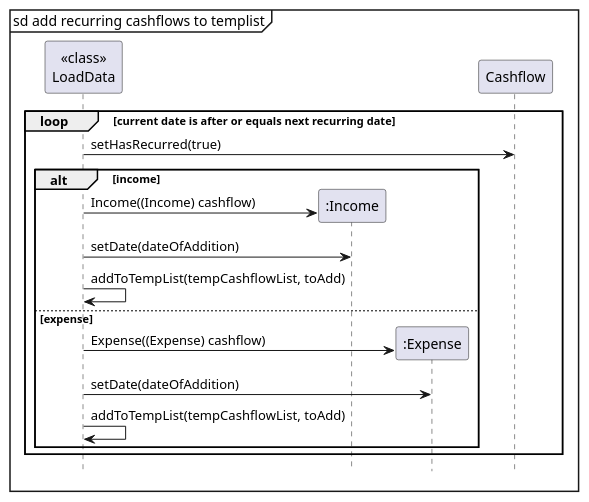
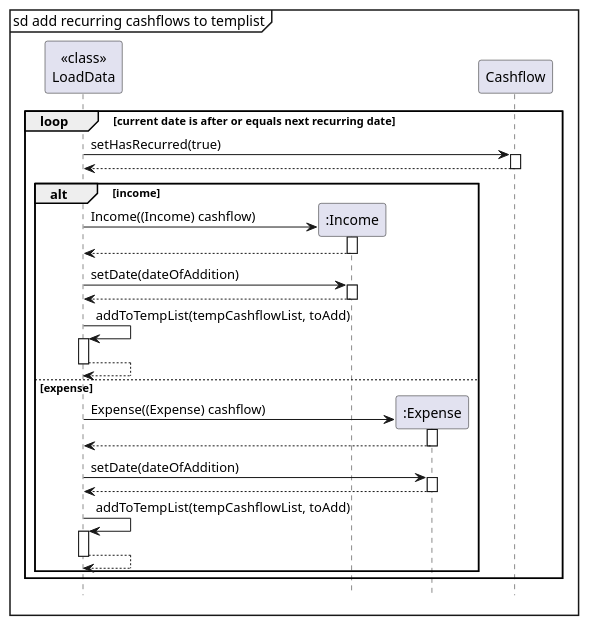
The diagram in docs/diagrams/cashflow/AddRecurringSequence.puml (nus-cs2113-AY2324S1/tp), drawn with PlantUML before and after one commit. The commit also changed 5 other files, not shown here.

Commit message:
Add activation bars to sequence diagrams

```diff
--- a/docs/diagrams/cashflow/AddRecurringSequence.puml
+++ b/docs/diagrams/cashflow/AddRecurringSequence.puml
@@ -1,26 +1,40 @@
 @startuml
 mainframe sd add recurring cashflows to templist
 
 participant "<<class>>\nLoadData" as LoadData
 participant ":Income" as Income
 participant ":Expense" as Expense
 
 loop current date is after or equals next recurring date
     LoadData -> Cashflow: setHasRecurred(true)
+    activate Cashflow
+    return
 
 alt income
     create Income
     LoadData -> Income: Income((Income) cashflow)
+    activate Income
+    return
     LoadData -> Income: setDate(dateOfAddition)
+    activate Income
+    return
     LoadData -> LoadData: addToTempList(tempCashflowList, toAdd)
+    activate LoadData
+    return
 
 else expense
     create Expense
     LoadData -> Expense: Expense((Expense) cashflow)
+    activate Expense
+    return
     LoadData -> Expense: setDate(dateOfAddition)
+    activate Expense
+    return
     LoadData -> LoadData: addToTempList(tempCashflowList, toAdd)
+    activate LoadData
+    return
 end
 
 end
 hide footbox
 @enduml
```
